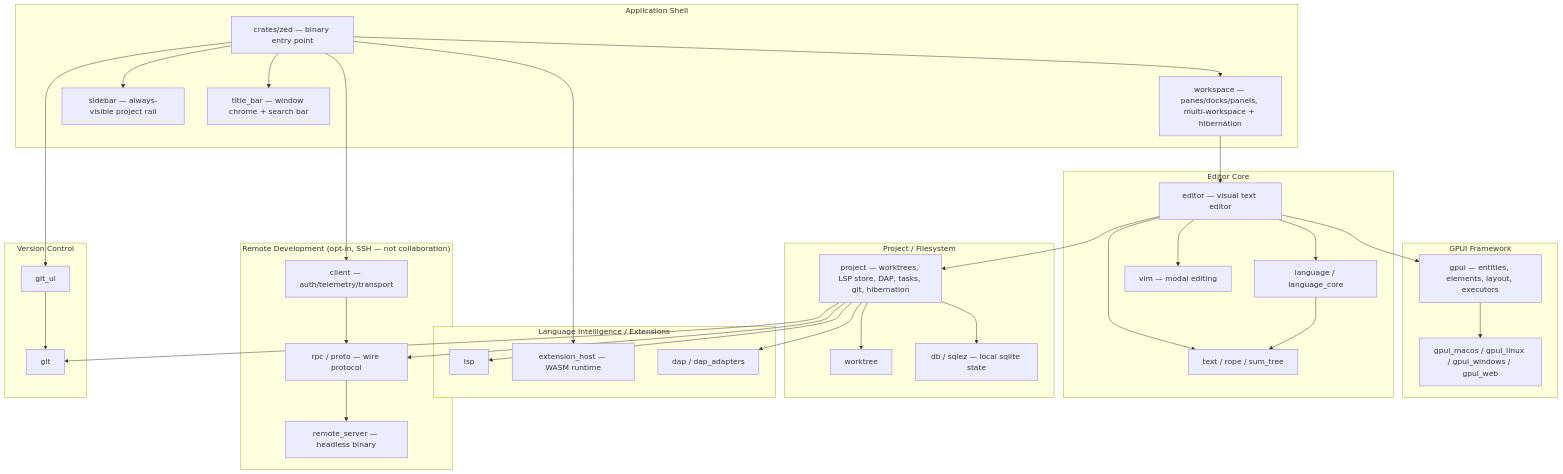
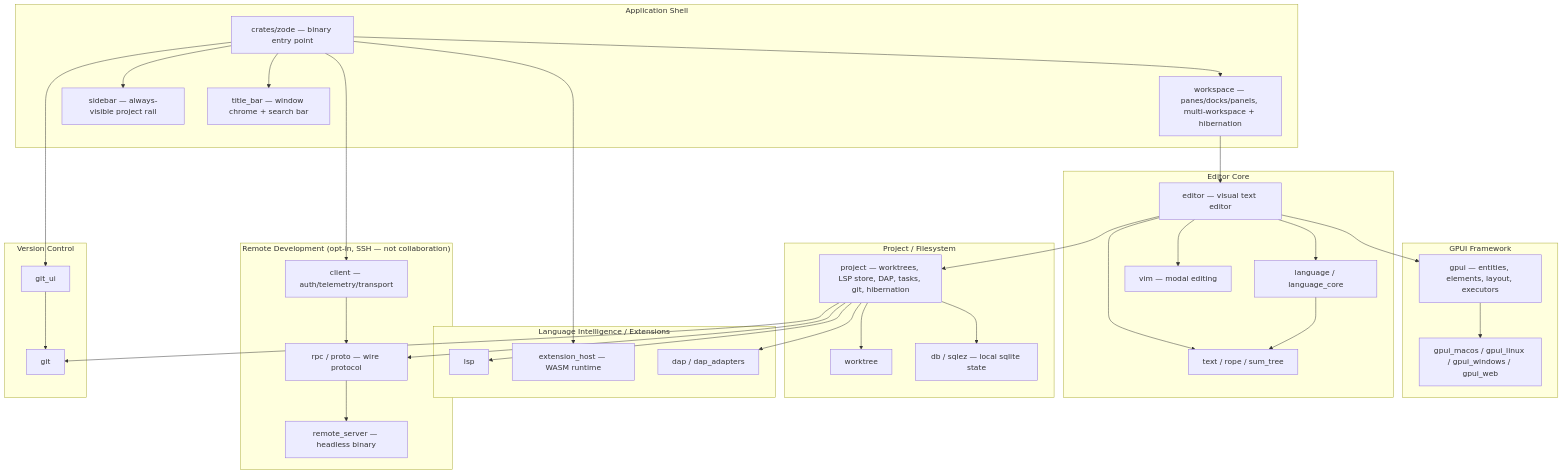
One commit to tgiap04/zode changed the first of 2 diagrams in docs/system/overview.md. Above: the diagram before and after it, drawn with Mermaid. The commit also changed other lines of this file and 835 other files, not shown here.

First line of the commit message:
chore: rename remaining Zed branding to Zode and move to zodekit.com

````diff
--- a/docs/system/overview.md
+++ b/docs/system/overview.md
@@ -23,70 +23,70 @@
 ```mermaid
 graph TB
     subgraph "Application Shell"
-        ZED[crates/zed — binary entry point]
+        ZED[crates/zode — binary entry point]
         WS[workspace — panes/docks/panels, multi-workspace + hibernation]
         SIDEBAR[sidebar — always-visible project rail]
         TITLEBAR[title_bar — window chrome + search bar]
     end
 
     subgraph "GPUI Framework"
         GPUI[gpui — entities, elements, layout, executors]
         PLAT[gpui_macos / gpui_linux / gpui_windows / gpui_web]
     end
 
     subgraph "Editor Core"
         EDITOR[editor — visual text editor]
         LANG[language / language_core]
         TEXT[text / rope / sum_tree]
         VIM[vim — modal editing]
     end
 
     subgraph "Project / Filesystem"
         PROJECT[project — worktrees, LSP store, DAP, tasks, git, hibernation]
         WORKTREE[worktree]
         DB[db / sqlez — local sqlite state]
     end
 
     subgraph "Language Intelligence / Extensions"
         LSP[lsp]
         EXT_HOST[extension_host — WASM runtime]
         DAP[dap / dap_adapters]
     end
 
     subgraph "Remote Development (opt-in, SSH — not collaboration)"
         CLIENT[client — auth/telemetry/transport]
         RPC[rpc / proto — wire protocol]
         REMOTE_SRV[remote_server — headless binary]
     end
 
     subgraph "Version Control"
         GIT[git]
         GIT_UI[git_ui]
     end
 
     ZED --> WS
     WS --> EDITOR
     ZED --> TITLEBAR
     ZED --> SIDEBAR
     ZED --> EXT_HOST
     ZED --> GIT_UI
     ZED --> CLIENT
 
     EDITOR --> TEXT
     EDITOR --> LANG --> TEXT
     EDITOR --> PROJECT
     EDITOR --> GPUI
     EDITOR --> VIM
 
     PROJECT --> WORKTREE
     PROJECT --> LSP
     PROJECT --> DAP
     PROJECT --> GIT
     PROJECT --> RPC
     PROJECT --> DB
 
     CLIENT --> RPC --> REMOTE_SRV
     GIT_UI --> GIT
 
     GPUI --> PLAT
 ```
````
